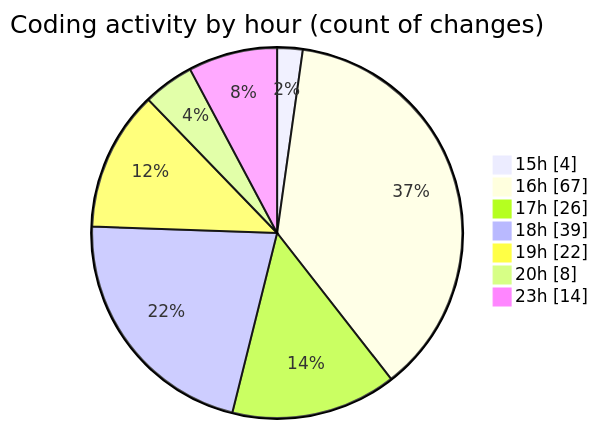
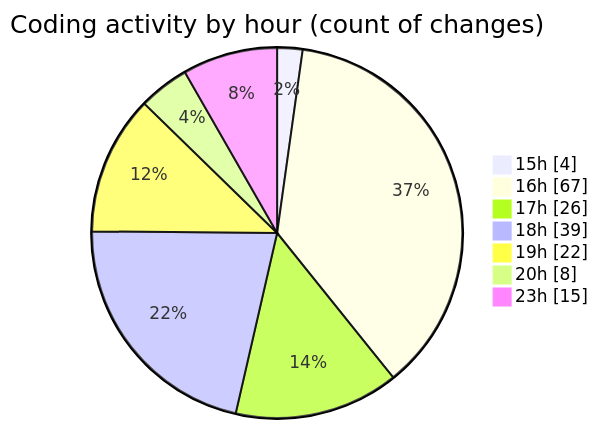
One commit to Ritupan-Deka/code-tracking changed the second of 2 diagrams in 2025-05-26/zip_file/README.md. Above: the diagram before and after it, drawn with Mermaid. The commit also changed other lines of this file and 1 other file, not shown here.

````diff
--- a/2025-05-26/zip_file/README.md
+++ b/2025-05-26/zip_file/README.md
@@ -46,11 +46,11 @@
 ```mermaid
 pie showData
 title Coding activity by hour (count of changes)
 "15h" : 4
 "16h" : 67
 "17h" : 26
 "18h" : 39
 "19h" : 22
 "20h" : 8
-"23h" : 14
+"23h" : 15
 ```
````
